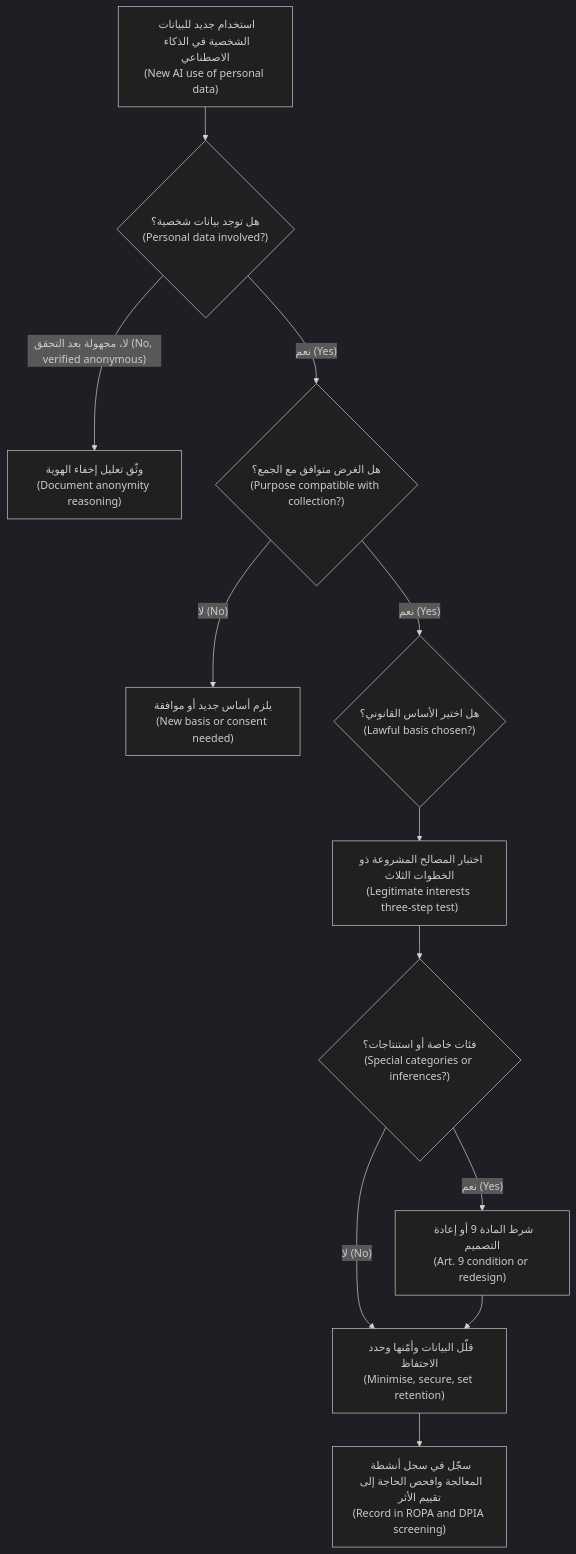
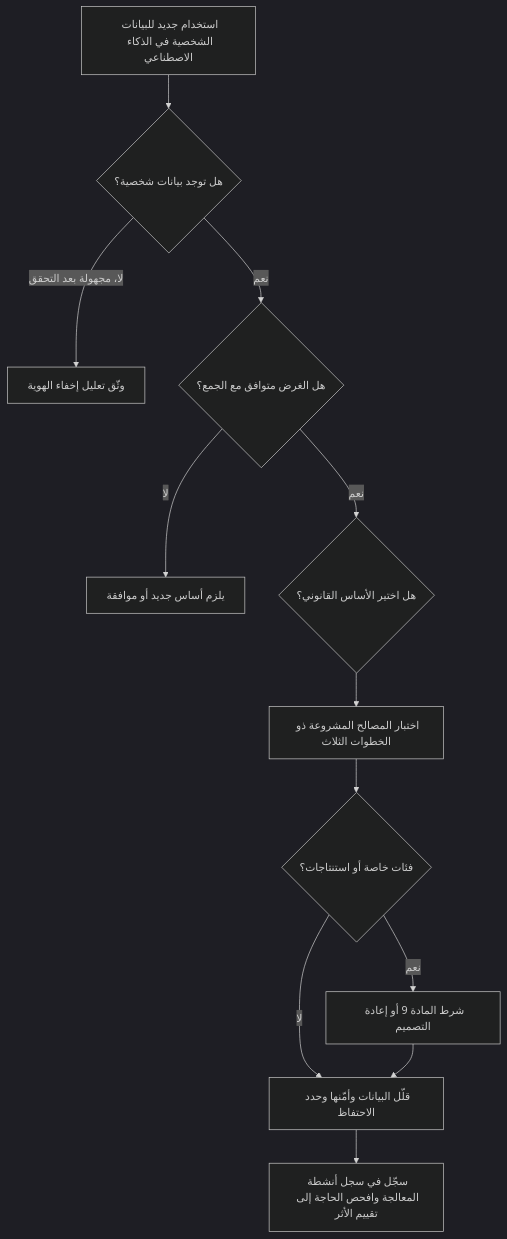
One commit to Tamoura/system-design-for-vibe-coders changed the first of 2 diagrams in aigp/modules/04-privacy.ar.md. Above: the diagram before and after it, drawn with Mermaid (dark theme). The commit also changed other lines of this file and 551 other files, not shown here.

````diff
--- a/aigp/modules/04-privacy.ar.md
+++ b/aigp/modules/04-privacy.ar.md
@@ -83,14 +83,14 @@
 ```mermaid
 flowchart TD
-    A["استخدام جديد للبيانات الشخصية في الذكاء الاصطناعي<br/>(New AI use of personal data)"] --> B{"هل توجد بيانات شخصية؟<br/>(Personal data involved?)"}
-    B -- "لا، مجهولة بعد التحقق (No, verified anonymous)" --> Z["وثّق تعليل إخفاء الهوية<br/>(Document anonymity reasoning)"]
-    B -- "نعم (Yes)" --> C{"هل الغرض متوافق مع الجمع؟<br/>(Purpose compatible with collection?)"}
-    C -- "لا (No)" --> D["يلزم أساس جديد أو موافقة<br/>(New basis or consent needed)"]
-    C -- "نعم (Yes)" --> E{"هل اختير الأساس القانوني؟<br/>(Lawful basis chosen?)"}
-    E --> F["اختبار المصالح المشروعة ذو الخطوات الثلاث<br/>(Legitimate interests three-step test)"]
-    F --> G{"فئات خاصة أو استنتاجات؟<br/>(Special categories or inferences?)"}
-    G -- "نعم (Yes)" --> H["شرط المادة 9 أو إعادة التصميم<br/>(Art. 9 condition or redesign)"]
-    G -- "لا (No)" --> I["قلّل البيانات وأمّنها وحدد الاحتفاظ<br/>(Minimise, secure, set retention)"]
+    A["استخدام جديد للبيانات الشخصية في الذكاء الاصطناعي"] --> B{"هل توجد بيانات شخصية؟"}
+    B -- "لا، مجهولة بعد التحقق" --> Z["وثّق تعليل إخفاء الهوية"]
+    B -- "نعم" --> C{"هل الغرض متوافق مع الجمع؟"}
+    C -- "لا" --> D["يلزم أساس جديد أو موافقة"]
+    C -- "نعم" --> E{"هل اختير الأساس القانوني؟"}
+    E --> F["اختبار المصالح المشروعة ذو الخطوات الثلاث"]
+    F --> G{"فئات خاصة أو استنتاجات؟"}
+    G -- "نعم" --> H["شرط المادة 9 أو إعادة التصميم"]
+    G -- "لا" --> I["قلّل البيانات وأمّنها وحدد الاحتفاظ"]
     H --> I
-    I --> J["سجّل في سجل أنشطة المعالجة وافحص الحاجة إلى تقييم الأثر<br/>(Record in ROPA and DPIA screening)"]
+    I --> J["سجّل في سجل أنشطة المعالجة وافحص الحاجة إلى تقييم الأثر"]
 ```
````
